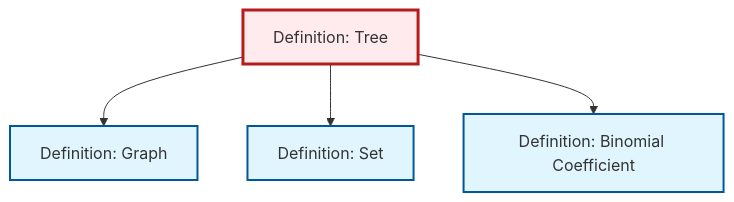
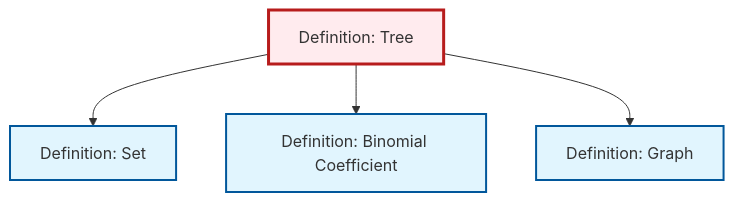
One commit to RK0429/ModernMath changed the diagram in content/ja/combinatorics/def-tree.qmd. Above: the diagram before and after it, drawn with Mermaid. The commit also changed other lines of this file and 474 other files, not shown here.

````diff
--- a/content/ja/combinatorics/def-tree.qmd
+++ b/content/ja/combinatorics/def-tree.qmd
@@ -136,20 +136,20 @@
 ```{mermaid}
 %%| fig-cap: "Local dependency graph"
 graph TD
     classDef definition fill:#e1f5fe,stroke:#01579b,stroke-width:2px
     classDef theorem fill:#f3e5f5,stroke:#4a148c,stroke-width:2px
     classDef axiom fill:#fff3e0,stroke:#e65100,stroke-width:2px
     classDef example fill:#e8f5e9,stroke:#1b5e20,stroke-width:2px
     classDef current fill:#ffebee,stroke:#b71c1c,stroke-width:3px
+    def-binomial-coefficient["Definition: Binomial Coefficient"]:::definition
+    def-graph["Definition: Graph"]:::definition
     def-tree["Definition: Tree"]:::definition
-    def-graph["Definition: Graph"]:::definition
     def-set["Definition: Set"]:::definition
-    def-binomial-coefficient["Definition: Binomial Coefficient"]:::definition
-    def-tree --> def-graph
     def-tree --> def-set
     def-tree --> def-binomial-coefficient
+    def-tree --> def-graph
     class def-tree current
+    click def-binomial-coefficient "def-binomial-coefficient.html" "Definition: Binomial Coefficientへ"
     click def-graph "def-graph.html" "Definition: Graphへ"
     click def-set "def-set.html" "Definition: Setへ"
-    click def-binomial-coefficient "def-binomial-coefficient.html" "Definition: Binomial Coefficientへ"
 ```
````
